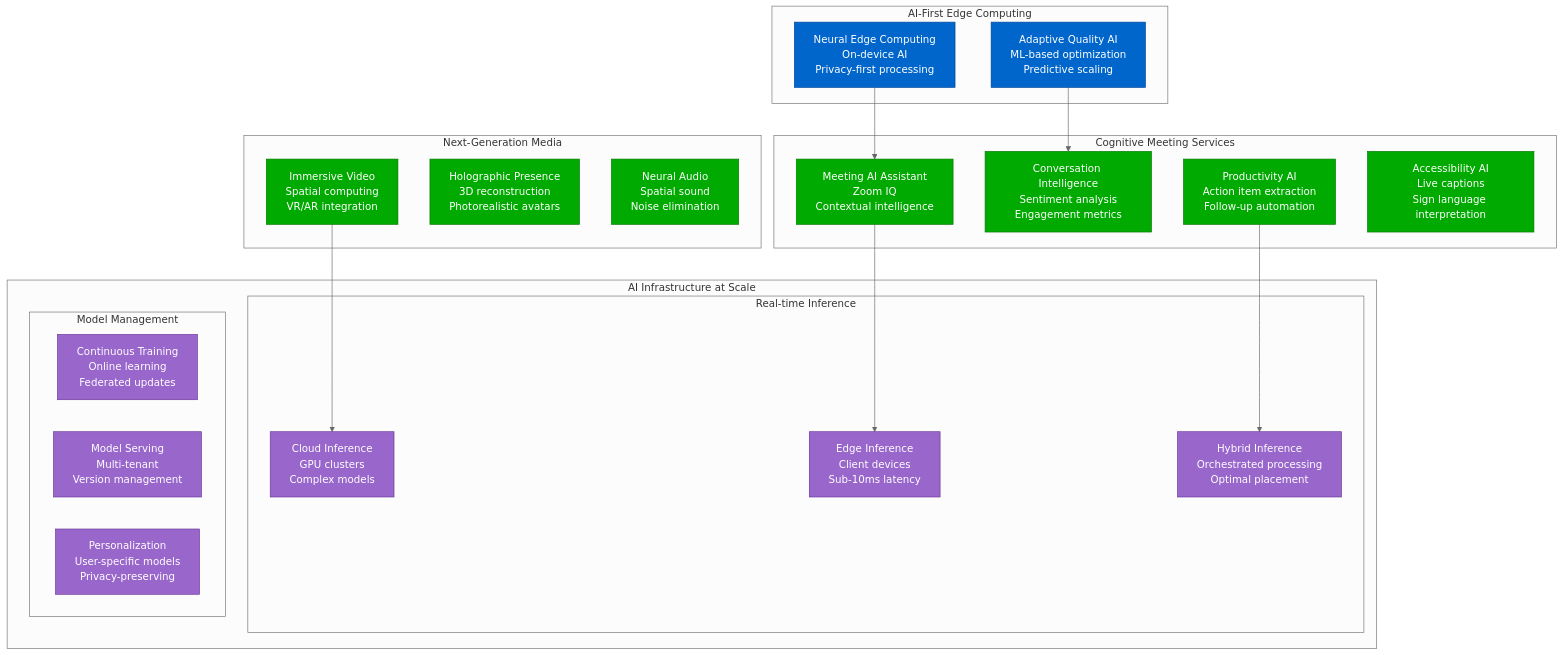
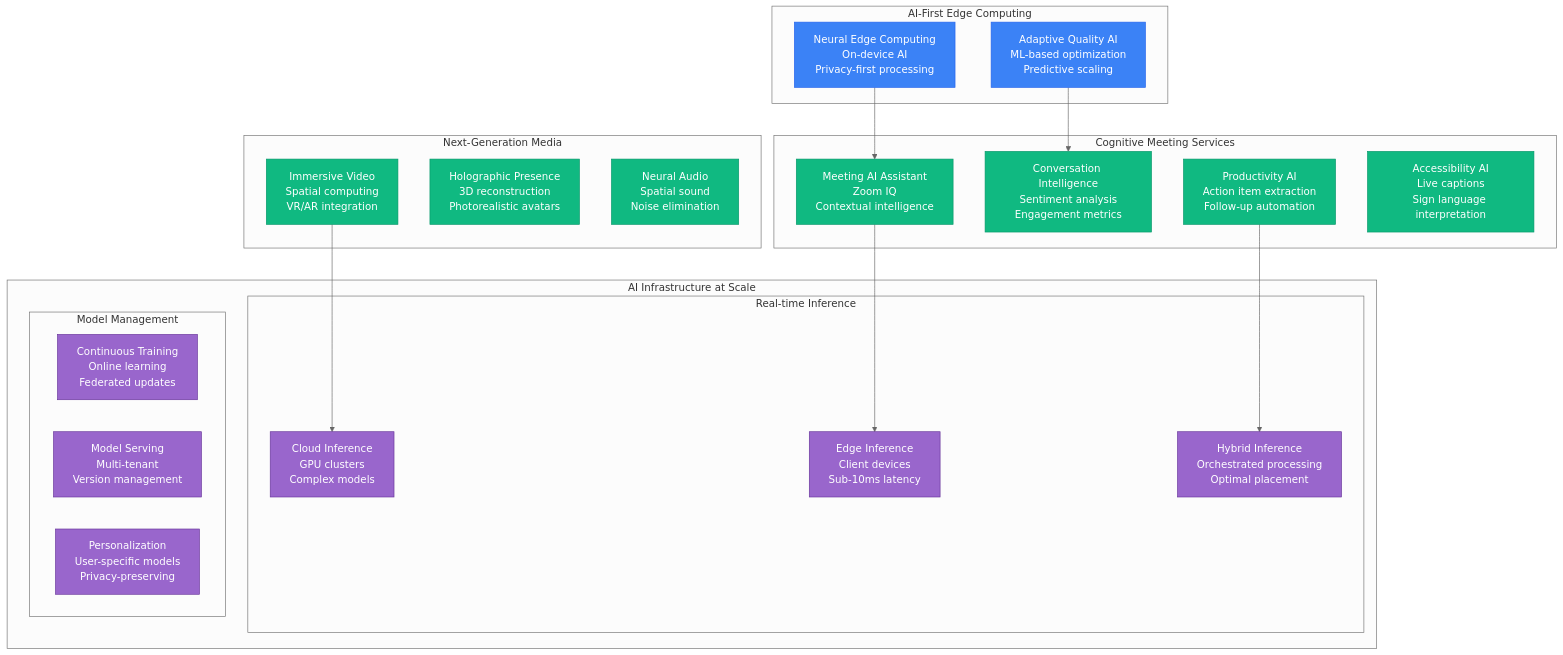
One commit to deepaucksharma/DS changed the sixth of 6 diagrams in site/docs/scaling/zoom-scale-evolution.md. Above: the diagram before and after it, drawn with Mermaid (neutral theme). The commit also changed other lines of this file and 187 other files, not shown here.

````diff
--- a/site/docs/scaling/zoom-scale-evolution.md
+++ b/site/docs/scaling/zoom-scale-evolution.md
@@ -585,48 +585,48 @@
 ```mermaid
 graph TB
     subgraph AIFirstEdge[AI-First Edge Computing]
         NEURAL_EDGE[Neural Edge Computing<br/>On-device AI<br/>Privacy-first processing]
         ADAPTIVE_QUALITY[Adaptive Quality AI<br/>ML-based optimization<br/>Predictive scaling]
     end
 
     subgraph CognitiveServices[Cognitive Meeting Services]
         MEETING_AI[Meeting AI Assistant<br/>Zoom IQ<br/>Contextual intelligence]
         CONVERSATION_AI[Conversation Intelligence<br/>Sentiment analysis<br/>Engagement metrics]
         PRODUCTIVITY_AI[Productivity AI<br/>Action item extraction<br/>Follow-up automation]
         ACCESSIBILITY_AI[Accessibility AI<br/>Live captions<br/>Sign language interpretation]
     end
 
     subgraph NextGenMedia[Next-Generation Media]
         IMMERSIVE_VIDEO[Immersive Video<br/>Spatial computing<br/>VR/AR integration]
         HOLOGRAPHIC[Holographic Presence<br/>3D reconstruction<br/>Photorealistic avatars]
         NEURAL_AUDIO[Neural Audio<br/>Spatial sound<br/>Noise elimination]
     end
 
     subgraph AIInfrastructure[AI Infrastructure at Scale]
         subgraph InferenceLayer[Real-time Inference]
             EDGE_INFERENCE[Edge Inference<br/>Client devices<br/>Sub-10ms latency]
             CLOUD_INFERENCE[Cloud Inference<br/>GPU clusters<br/>Complex models]
             HYBRID_INFERENCE[Hybrid Inference<br/>Orchestrated processing<br/>Optimal placement]
         end
 
         subgraph ModelManagement[Model Management]
             CONTINUOUS_TRAINING[Continuous Training<br/>Online learning<br/>Federated updates]
             MODEL_SERVING[Model Serving<br/>Multi-tenant<br/>Version management]
             PERSONALIZATION[Personalization<br/>User-specific models<br/>Privacy-preserving]
         end
     end
 
     NEURAL_EDGE --> MEETING_AI
     ADAPTIVE_QUALITY --> CONVERSATION_AI
     MEETING_AI --> EDGE_INFERENCE
     IMMERSIVE_VIDEO --> CLOUD_INFERENCE
     PRODUCTIVITY_AI --> HYBRID_INFERENCE
 
-    classDef edgeStyle fill:#0066CC,stroke:#004499,color:#fff
-    classDef serviceStyle fill:#00AA00,stroke:#007700,color:#fff
+    classDef edgeStyle fill:#3B82F6,stroke:#2563EB,color:#fff
+    classDef serviceStyle fill:#10B981,stroke:#059669,color:#fff
     classDef aiStyle fill:#9966CC,stroke:#663399,color:#fff
 
     class NEURAL_EDGE,ADAPTIVE_QUALITY edgeStyle
     class MEETING_AI,CONVERSATION_AI,PRODUCTIVITY_AI,ACCESSIBILITY_AI,IMMERSIVE_VIDEO,HOLOGRAPHIC,NEURAL_AUDIO serviceStyle
     class EDGE_INFERENCE,CLOUD_INFERENCE,HYBRID_INFERENCE,CONTINUOUS_TRAINING,MODEL_SERVING,PERSONALIZATION aiStyle
 ```
````
